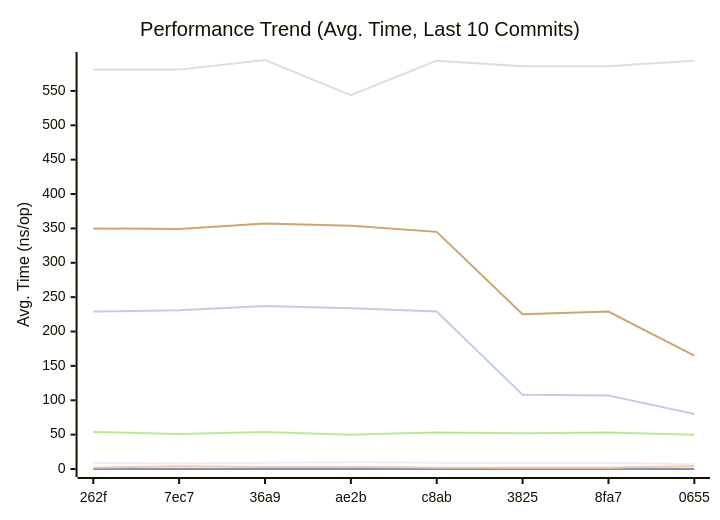
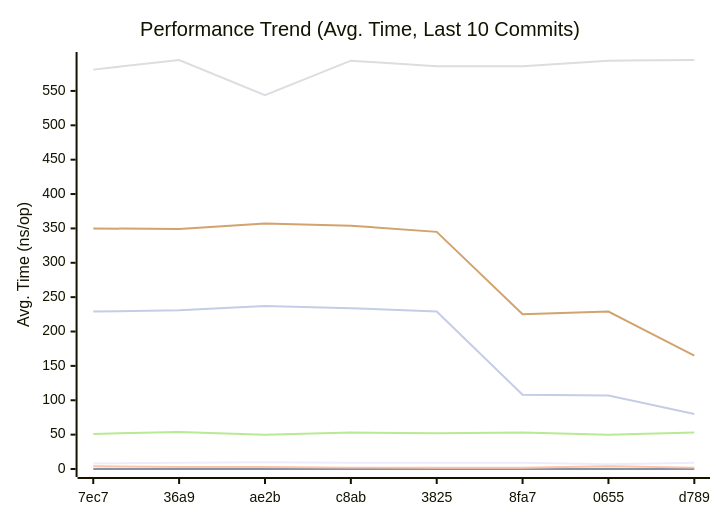
The first of 3 diagrams in docs/README.md (alsotoes/momo), drawn with Mermaid before and after one commit. The commit also changed other lines of this file and 1 other file, not shown here.

````diff
--- a/docs/README.md
+++ b/docs/README.md
@@ -303,14 +303,14 @@
 ```mermaid
 xychart-beta
     title "Performance Trend (Avg. Time, Last 10 Commits)"
     x-axis "Commit"
     y-axis "Avg. Time (ns/op)"
-    x-axis [262f,7ec7,36a9,ae2b,c8ab,3825,8fa7,0655]
-    line "CheckMetricsAndSwap" [9,8,9,10,9,9,9,7,9,9]
+    x-axis [7ec7,36a9,ae2b,c8ab,3825,8fa7,0655,d789]
+    line "CheckMetricsAndSwap" [8,9,10,9,9,9,7,9,9,9]
     line "IndexDirectTracking" [0,0,0,0,0,0,0,0,0,0]
-    line "IndexSearch" [2,4,3,3,2,2,2,4,2,2]
-    line "LoadGlobalConfig" [581,581,595,544,594,586,586,594,595,596]
-    line "PadString" [54,51,54,50,53,52,53,50,53,53]
+    line "IndexSearch" [4,3,3,2,2,2,4,2,2,3]
+    line "LoadGlobalConfig" [581,595,544,594,586,586,594,595,596,546]
+    line "PadString" [51,54,50,53,52,53,50,53,53,52]
     line "ParseReplicationOrder_NoPrealloc" [350,349,357,354,345,225,229,165,232,234]
     line "ParseReplicationOrder_Prealloc" [229,231,237,234,229,108,107,80,110,109]
 ```
````
